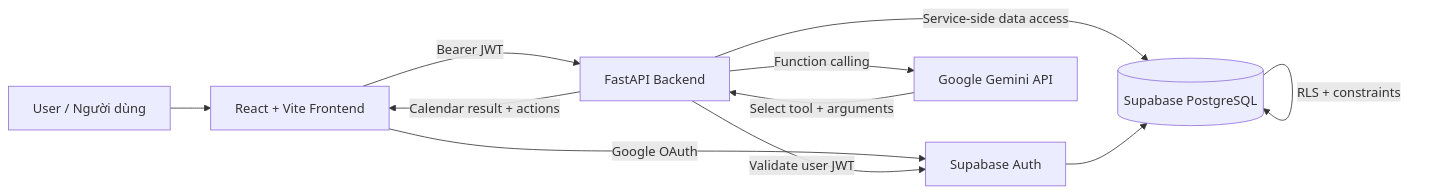
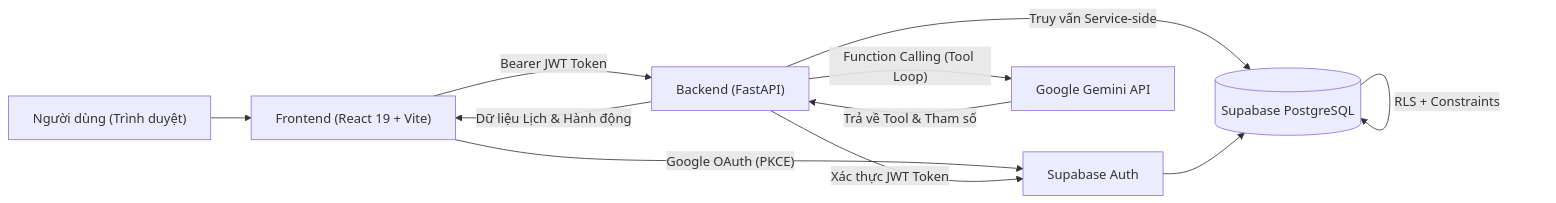
The diagram in PROJECT_DOCUMENTATION.md (chinmt22225-ops/Calendar_Agent), drawn with Mermaid before and after one commit. The commit also changed other lines of this file, not shown here.

````diff
--- a/PROJECT_DOCUMENTATION.md
+++ b/PROJECT_DOCUMENTATION.md
@@ -129,13 +89,13 @@
 ```mermaid
 flowchart LR
-    U[User / Người dùng] --> F[React + Vite Frontend]
-    F -->|Google OAuth| A[Supabase Auth]
-    F -->|Bearer JWT| B[FastAPI Backend]
-    B -->|Validate user JWT| A
-    B -->|Function calling| G[Google Gemini API]
-    B -->|Service-side data access| D[(Supabase PostgreSQL)]
+    U["Người dùng (Trình duyệt)"] --> F["Frontend (React 19 + Vite)"]
+    F -->|"Google OAuth (PKCE)"| A["Supabase Auth"]
+    F -->|"Bearer JWT Token"| B["Backend (FastAPI)"]
+    B -->|"Xác thực JWT Token"| A
+    B -->|"Function Calling (Tool Loop)"| G["Google Gemini API"]
+    B -->|"Truy vấn Service-side"| D[("Supabase PostgreSQL")]
     A --> D
-    D -->|RLS + constraints| D
-    G -->|Select tool + arguments| B
-    B -->|Calendar result + actions| F
+    D -->|"RLS + Constraints"| D
+    G -->|"Trả về Tool & Tham số"| B
+    B -->|"Dữ liệu Lịch & Hành động"| F
 ```
````
